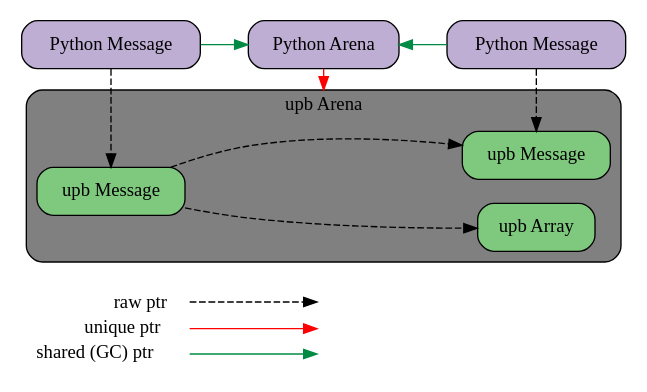
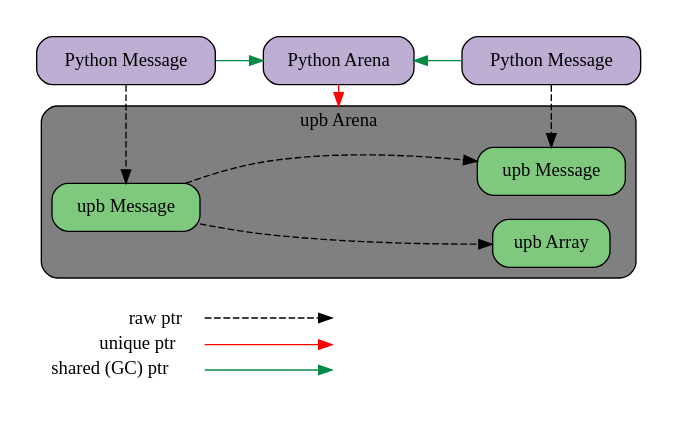
The fourth of 4 diagrams in doc/wrapping-upb.in.md (protocolbuffers/protobuf), drawn with Graphviz before and after one commit. The commit also changed other lines of this file and 4 other files, not shown here.

````diff
--- a/doc/wrapping-upb.in.md
+++ b/doc/wrapping-upb.in.md
@@ -269,73 +266,72 @@
 ```dot {align="center"}
 digraph G { 
-  graph[bgcolor=transparent]
   rankdir=LR;
   newrank=true;
   compound=true;
   
   subgraph cluster_1 {
     label = "upb Arena"
-    graph[bgcolor=transparent style="rounded,filled" fillcolor=gray]
+    graph[style="rounded,filled" fillcolor=gray]
     node [style="rounded,filled" shape=box colorscheme=accent8 fillcolor=1, ordering=out]
     upb_msg -> upb_array [style=dashed];
     upb_msg -> upb_msg2 [style=dashed];
     upb_msg [label="upb Message" fillcolor=1]
     upb_msg2 [label="upb Message"];
     upb_array [label="upb Array"]
     dummy [style=invis]
   }
   subgraph cluster_python {
     node [style="rounded,filled" shape=box colorscheme=accent8 fillcolor=2]
     peripheries=0
     py_upb_msg [label="Python Message"];
     py_upb_msg2 [label="Python Message"];
     py_upb_arena [label="Python Arena"];
   }
   py_upb_msg -> upb_msg [style=dashed];
   py_upb_msg2->upb_msg2 [style=dashed];
   py_upb_msg2 -> py_upb_arena [color=springgreen4];
   py_upb_msg -> py_upb_arena [color=springgreen4];
   py_upb_arena -> dummy [lhead=cluster_1, color=red];
   {
      rank=same;
      upb_msg;
      py_upb_msg;
   }
   {
      rank=same;
      upb_array;
      upb_msg2;
      py_upb_msg2;
   }
   {  rank=same;
      dummy;
      py_upb_arena;
   }
   dummy->upb_array [style=invis];
   dummy->upb_msg2 [style=invis];
 
   subgraph cluster_01 { 
     node [shape=plaintext]
     peripheries=0
     key [label=<<table border="0" cellpadding="2" cellspacing="0" cellborder="0">
       <tr><td align="right" port="i1">raw ptr</td></tr>
       <tr><td align="right" port="i2">unique ptr</td></tr>
       <tr><td align="right" port="i3">shared (GC) ptr</td></tr>
       </table>>]
     key2 [label=<<table border="0" cellpadding="2" cellspacing="0" cellborder="0">
       <tr><td port="i1">&nbsp;</td></tr>
       <tr><td port="i2">&nbsp;</td></tr>
       <tr><td port="i3">&nbsp;</td></tr>
       </table>>]
     key:i1:e -> key2:i1:w [style=dashed]
     key:i2:e -> key2:i2:w [color=red]
     key:i3:e -> key2:i3:w [color=springgreen4]
   }
     key2:i1:w -> upb_msg [style=invis];
   {
     rank=same;
     key;
     upb_msg;
   }
 }
 ```
````
